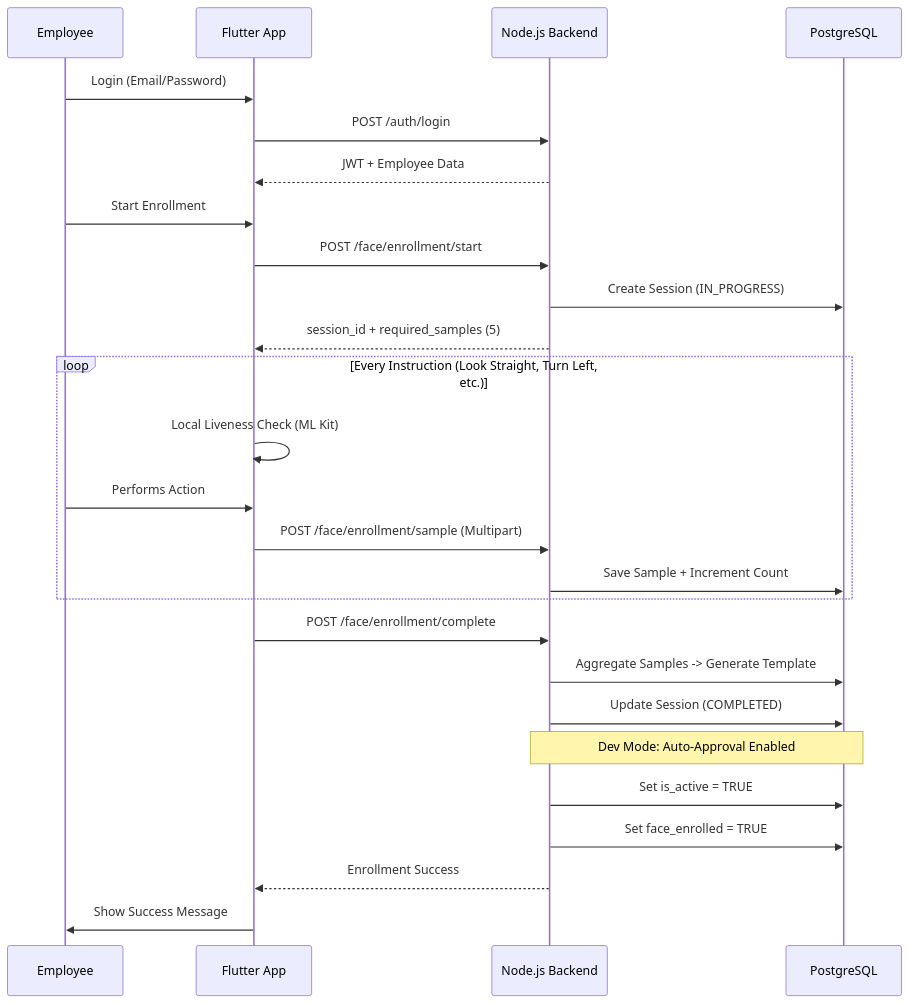
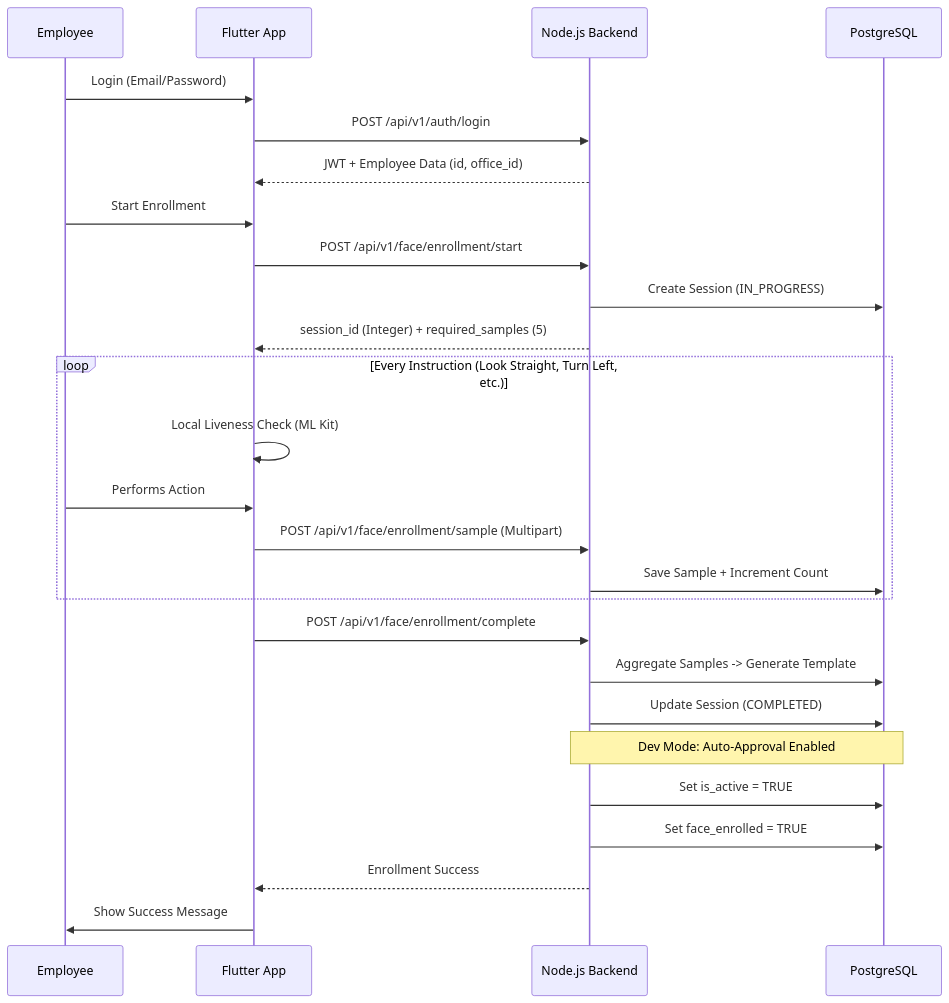
One commit to Santa8232/face_attendance_backend changed the first of 2 diagrams in WORKFLOW.md. Above: the diagram before and after it, drawn with Mermaid. The commit also changed other lines of this file and 31 other files, not shown here.

Commit message:
feat: initialize backend project structure with database schema, migration script, and comprehensive controller and route definitions.

````diff
--- a/WORKFLOW.md
+++ b/WORKFLOW.md
@@ -8,34 +8,34 @@
 ```mermaid
 sequenceDiagram
     participant U as Employee
     participant APP as Flutter App
     participant API as Node.js Backend
     participant DB as PostgreSQL
 
     U->>APP: Login (Email/Password)
-    APP->>API: POST /auth/login
-    API-->>APP: JWT + Employee Data
+    APP->>API: POST /api/v1/auth/login
+    API-->>APP: JWT + Employee Data (id, office_id)
     
     U->>APP: Start Enrollment
-    APP->>API: POST /face/enrollment/start
+    APP->>API: POST /api/v1/face/enrollment/start
     API->>DB: Create Session (IN_PROGRESS)
-    API-->>APP: session_id + required_samples (5)
+    API-->>APP: session_id (Integer) + required_samples (5)
 
     loop Every Instruction (Look Straight, Turn Left, etc.)
         APP->>APP: Local Liveness Check (ML Kit)
         U->>APP: Performs Action
-        APP->>API: POST /face/enrollment/sample (Multipart)
+        APP->>API: POST /api/v1/face/enrollment/sample (Multipart)
         API->>DB: Save Sample + Increment Count
     end
 
-    APP->>API: POST /face/enrollment/complete
+    APP->>API: POST /api/v1/face/enrollment/complete
     API->>DB: Aggregate Samples -> Generate Template
     API->>DB: Update Session (COMPLETED)
     
     Note over API,DB: Dev Mode: Auto-Approval Enabled
     API->>DB: Set is_active = TRUE
     API->>DB: Set face_enrolled = TRUE
     
     API-->>APP: Enrollment Success
     APP->>U: Show Success Message
 ```
````
